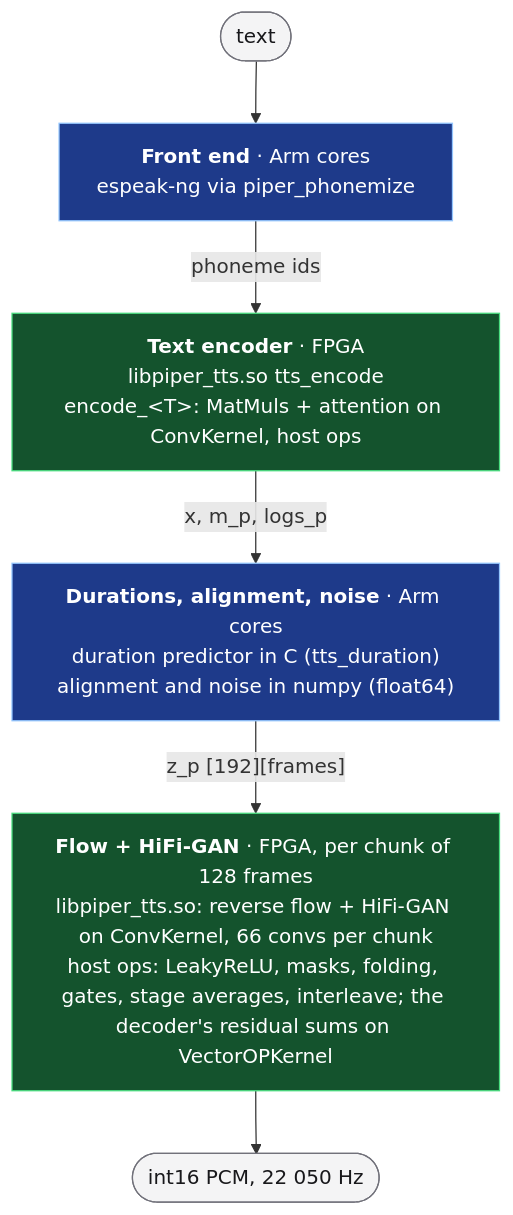
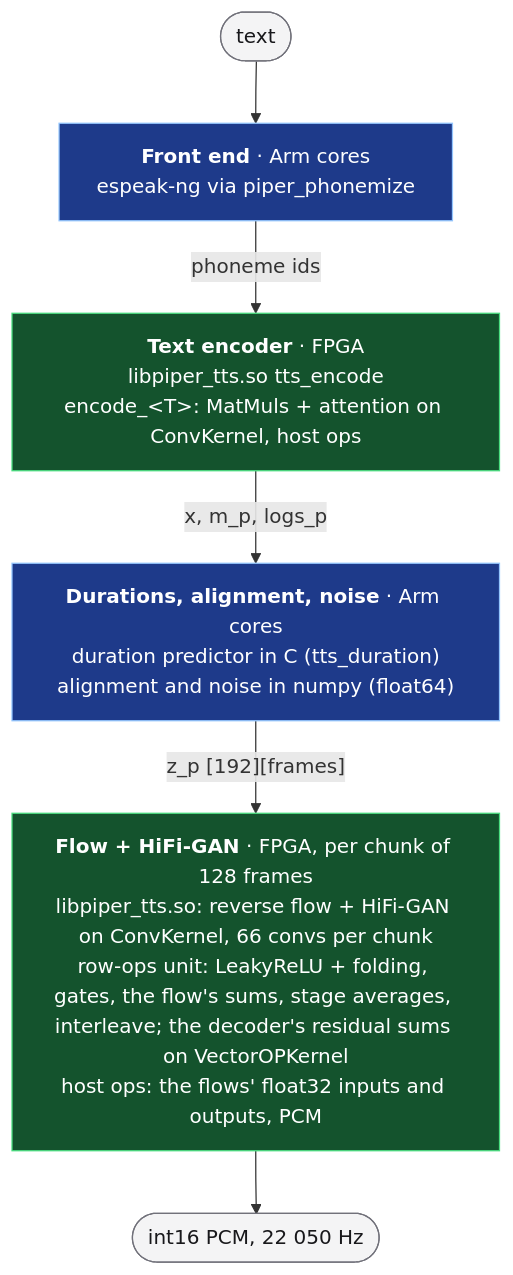
One commit to phoenix367/cormorant changed the diagram in demo/tts/README.md. Above: the diagram before and after it, drawn with Mermaid. The commit also changed other lines of this file and 77 other files, not shown here.

````diff
--- a/demo/tts/README.md
+++ b/demo/tts/README.md
@@ -15,23 +15,23 @@
 ```mermaid
 %%{init: {"flowchart": {"wrappingWidth": 330}}}%%
 flowchart TB
     text(["text"])
     fe["<b>Front end</b> · Arm cores<br/>espeak-ng via piper_phonemize"]
     enc["<b>Text encoder</b> · FPGA<br/>libpiper_tts.so tts_encode<br/>encode_#lt;T#gt;: MatMuls + attention on ConvKernel, host ops"]
     dur["<b>Durations, alignment, noise</b> · Arm cores<br/>duration predictor in C (tts_duration)<br/>alignment and noise in numpy (float64)"]
-    dec["<b>Flow + HiFi-GAN</b> · FPGA, per chunk of 128 frames<br/>libpiper_tts.so: reverse flow + HiFi-GAN on ConvKernel, 66 convs per chunk<br/>host ops: LeakyReLU, masks, folding, gates, stage averages, interleave; the decoder's residual sums on VectorOPKernel"]
+    dec["<b>Flow + HiFi-GAN</b> · FPGA, per chunk of 128 frames<br/>libpiper_tts.so: reverse flow + HiFi-GAN on ConvKernel, 66 convs per chunk<br/>row-ops unit: LeakyReLU + folding, gates, the flow's sums, stage averages, interleave; the decoder's residual sums on VectorOPKernel<br/>host ops: the flows' float32 inputs and outputs, PCM"]
     pcm(["int16 PCM, 22 050 Hz"])
 
     text --> fe
     fe -- "phoneme ids" --> enc
     enc -- "x, m_p, logs_p" --> dur
     dur -- "z_p [192][frames]" --> dec
     dec --> pcm
 
     classDef fpga fill:#14532d,stroke:#4ade80,color:#ffffff
     classDef arm fill:#1e3a8a,stroke:#93c5fd,color:#ffffff
     classDef io fill:#f4f4f5,stroke:#71717a,color:#18181b
     class enc,dec fpga
     class fe,dur arm
     class text,pcm io
 ```
````
